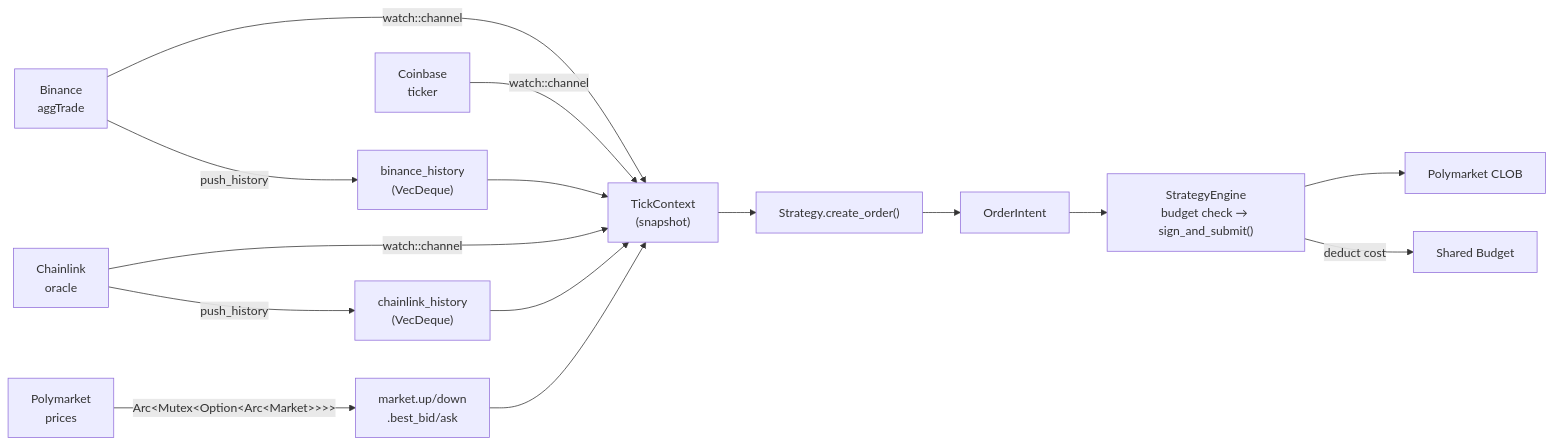
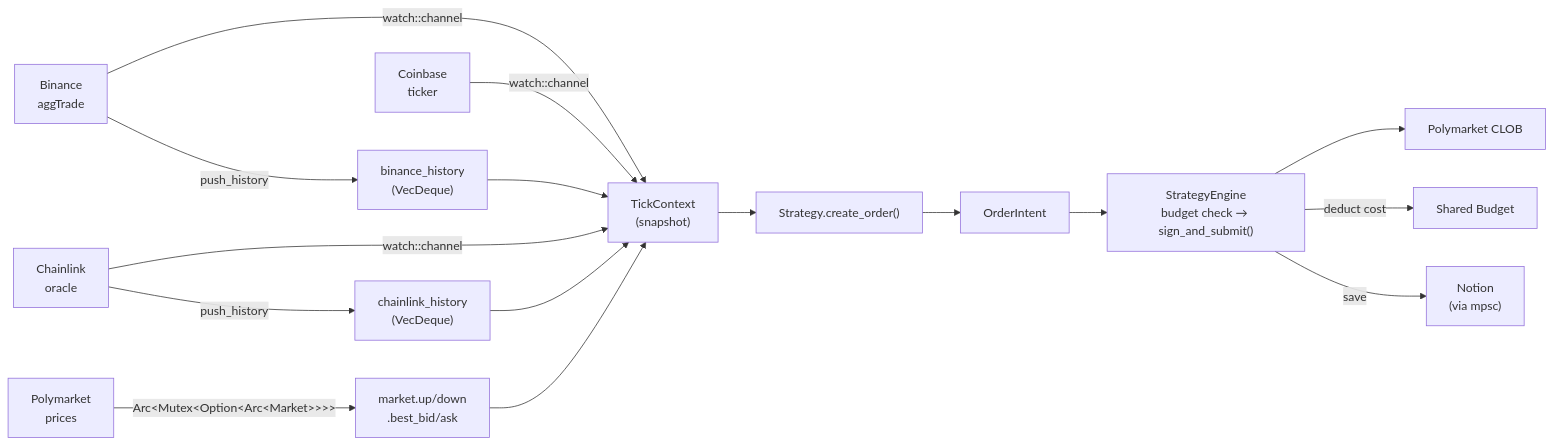
Before and after one commit to bbono/serekes: the third of 3 diagrams in docs/ARCHITECTURE.md, drawn with Mermaid. The commit also changed other lines of this file and 13 other files, not shown here.

````diff
--- a/docs/ARCHITECTURE.md
+++ b/docs/ARCHITECTURE.md
@@ -133,18 +150,19 @@
 ```mermaid
 flowchart LR
     BIN["Binance<br/>aggTrade"] -->|watch::channel| TC["TickContext<br/>(snapshot)"]
     BIN -->|push_history| BH["binance_history<br/>(VecDeque)"]
     CB["Coinbase<br/>ticker"] -->|watch::channel| TC
     CL["Chainlink<br/>oracle"] -->|watch::channel| TC
     CL -->|push_history| CH["chainlink_history<br/>(VecDeque)"]
     PM["Polymarket<br/>prices"] -->|"Arc&lt;Mutex&lt;Option&lt;Arc&lt;Market&gt;&gt;&gt;&gt;"| MKT["market.up/down<br/>.best_bid/ask"]
 
     BH & CH --> TC
     MKT --> TC
 
     TC --> ENTRY["Strategy.create_order()"]
     ENTRY --> OI["OrderIntent"]
     OI --> SE["StrategyEngine<br/>budget check → sign_and_submit()"]
     SE --> CLOB["Polymarket CLOB"]
     SE -->|deduct cost| BUDGET["Shared Budget"]
+    SE -->|save| NOTION["Notion<br/>(via mpsc)"]
 ```
````
